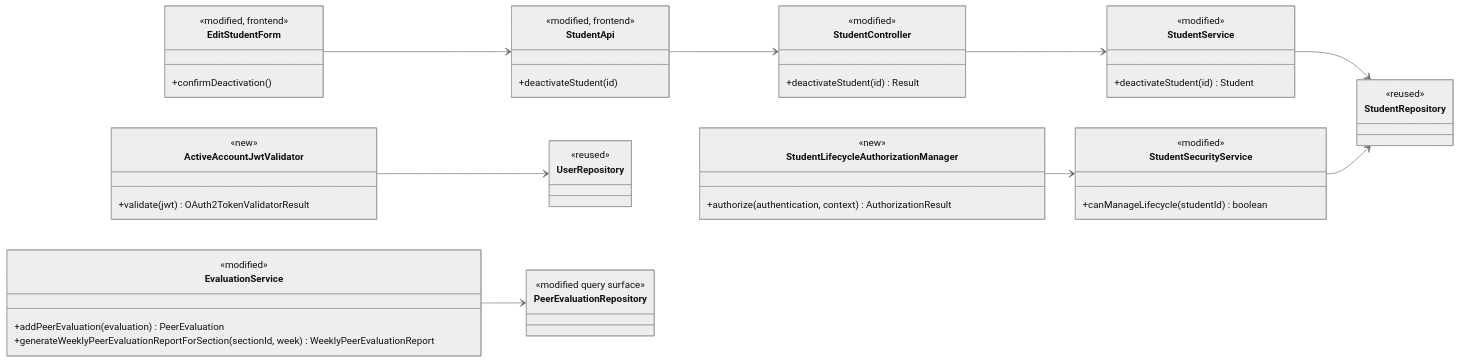
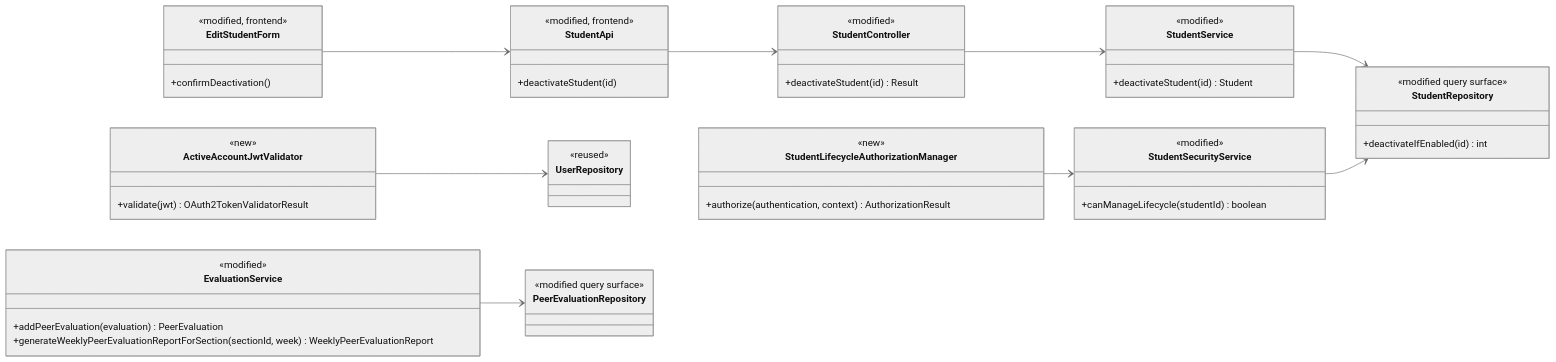
One commit to SpencerScherger/add-a-use-case changed the first of 3 diagrams in docs/design/stu.md. Above: the diagram before and after it, drawn with Mermaid (neutral theme). The commit also changed other lines of this file, not shown here.

````diff
--- a/docs/design/stu.md
+++ b/docs/design/stu.md
@@ -16,55 +16,56 @@
 ```mermaid
 classDiagram
     direction LR
     class EditStudentForm {
         <<modified, frontend>>
         +confirmDeactivation()
     }
     class StudentApi {
         <<modified, frontend>>
         +deactivateStudent(id)
     }
     class StudentController {
         <<modified>>
         +deactivateStudent(id) Result
     }
     class StudentService {
         <<modified>>
         +deactivateStudent(id) Student
     }
     class StudentLifecycleAuthorizationManager {
         <<new>>
         +authorize(authentication, context) AuthorizationResult
     }
     class StudentSecurityService {
         <<modified>>
         +canManageLifecycle(studentId) boolean
     }
     class ActiveAccountJwtValidator {
         <<new>>
         +validate(jwt) OAuth2TokenValidatorResult
     }
     class EvaluationService {
         <<modified>>
         +addPeerEvaluation(evaluation) PeerEvaluation
         +generateWeeklyPeerEvaluationReportForSection(sectionId, week) WeeklyPeerEvaluationReport
     }
     class StudentRepository {
-        <<reused>>
+        <<modified query surface>>
+        +deactivateIfEnabled(id) int
     }
     class UserRepository {
         <<reused>>
     }
     class PeerEvaluationRepository {
         <<modified query surface>>
     }
 
     EditStudentForm --> StudentApi
     StudentApi --> StudentController
     StudentController --> StudentService
     StudentService --> StudentRepository
     StudentLifecycleAuthorizationManager --> StudentSecurityService
     StudentSecurityService --> StudentRepository
     ActiveAccountJwtValidator --> UserRepository
     EvaluationService --> PeerEvaluationRepository
 ```
````
